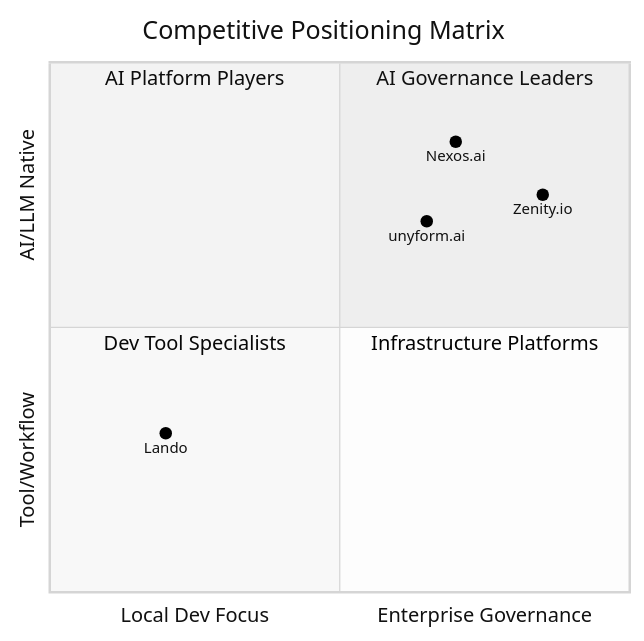
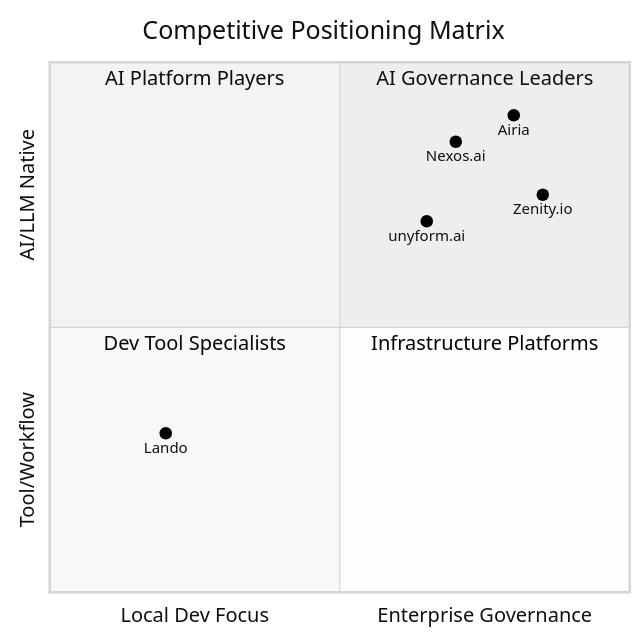
Before and after one commit to Dev916/mech-crate: the first of 5 diagrams in docs/unyform/COMPETITIVE_ANALYSIS.md, drawn with Mermaid (neutral theme). The commit also changed other lines of this file, not shown here.

Commit message:
docs: update competitive analysis to include Airia as an adjacent horizontal platform

````diff
--- a/docs/unyform/COMPETITIVE_ANALYSIS.md
+++ b/docs/unyform/COMPETITIVE_ANALYSIS.md
@@ -19,14 +21,15 @@
 ```mermaid
 quadrantChart
     title Competitive Positioning Matrix
     x-axis "Local Dev Focus" --> "Enterprise Governance"
     y-axis "Tool/Workflow" --> "AI/LLM Native"
     quadrant-1 "AI Governance Leaders"
     quadrant-2 "AI Platform Players"
     quadrant-3 "Dev Tool Specialists"
     quadrant-4 "Infrastructure Platforms"
     "Lando": [0.2, 0.3]
     "Nexos.ai": [0.7, 0.85]
     "Zenity.io": [0.85, 0.75]
+    "Airia": [0.8, 0.9]
     "unyform.ai": [0.65, 0.7]
 ```
````
